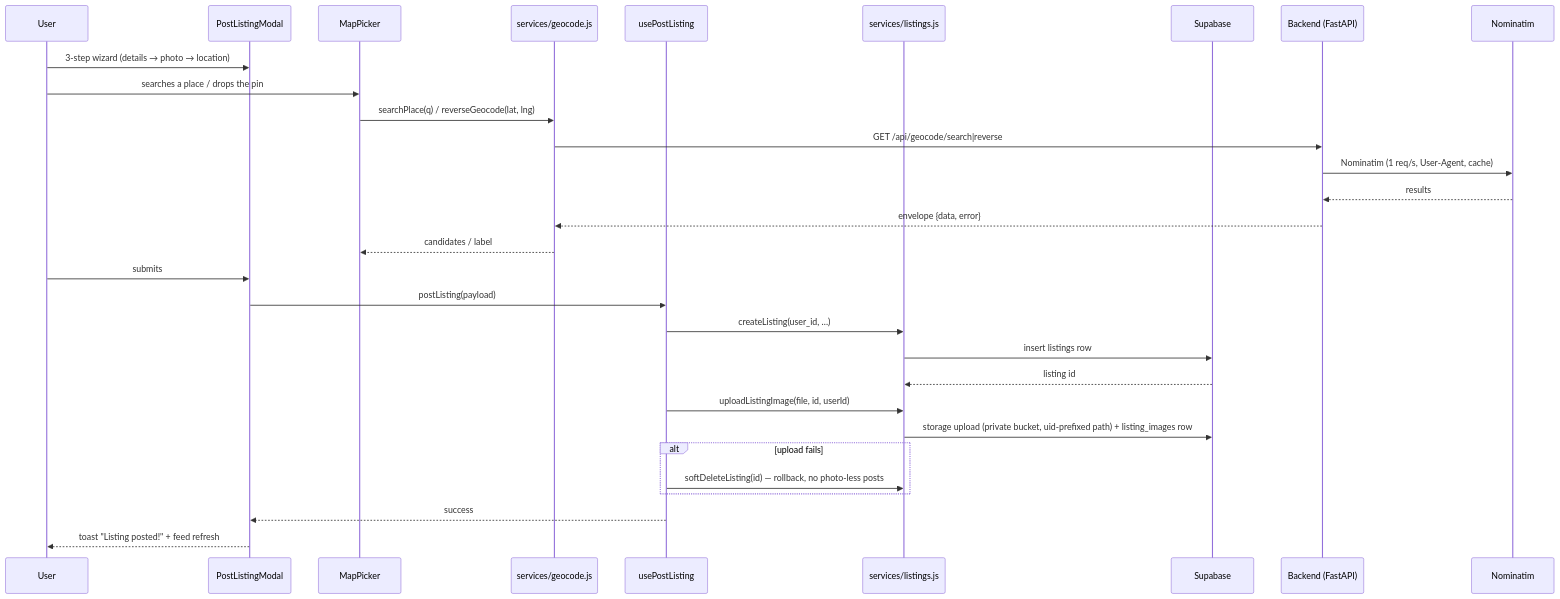
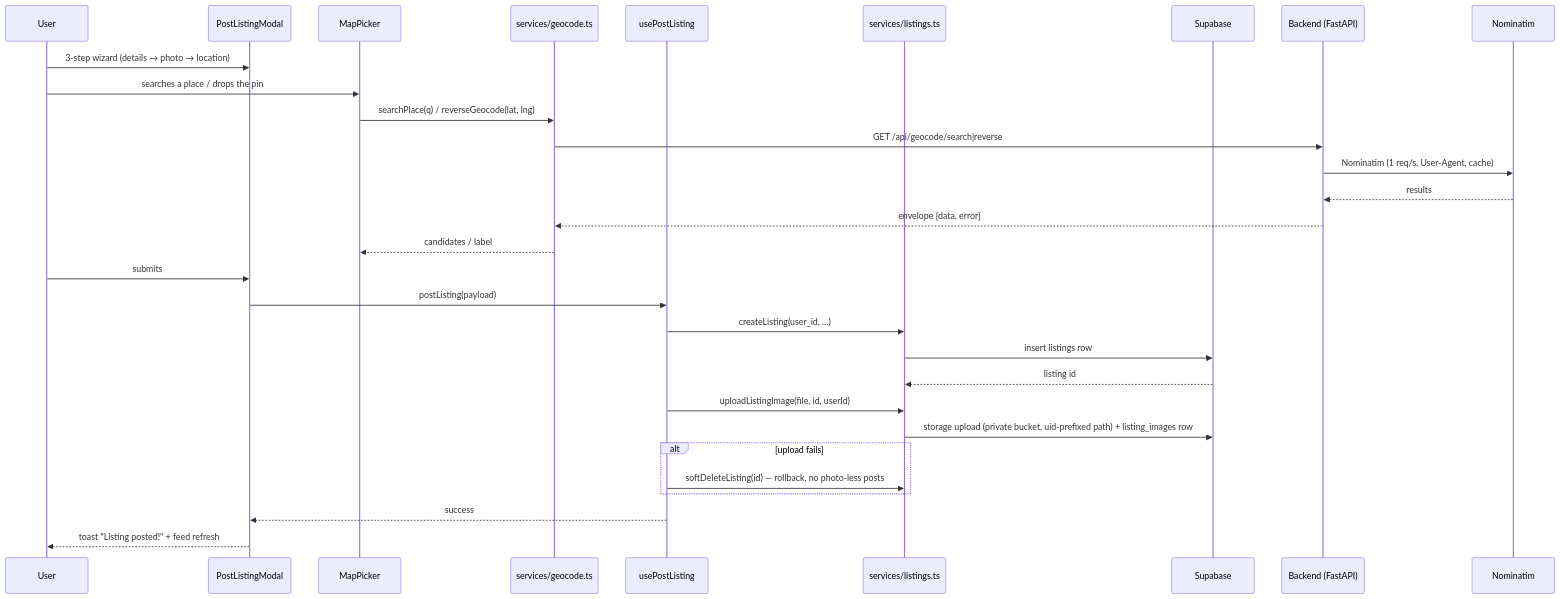
The fifth of 6 diagrams in documentation/architecture.md (MizuReal/PalaySigla), drawn with Mermaid before and after one commit. The commit also changed other lines of this file and 6 other files, not shown here.

````diff
--- a/documentation/architecture.md
+++ b/documentation/architecture.md
@@ -212,33 +212,33 @@
 ```mermaid
 sequenceDiagram
     participant U as User
     participant PM as PostListingModal
     participant MP as MapPicker
-    participant G as services/geocode.js
+    participant G as services/geocode.ts
     participant H as usePostListing
-    participant S as services/listings.js
+    participant S as services/listings.ts
     participant SB as Supabase
     participant B as Backend (FastAPI)
     participant N as Nominatim
 
     U->>PM: 3-step wizard (details → photo → location)
     U->>MP: searches a place / drops the pin
     MP->>G: searchPlace(q) / reverseGeocode(lat, lng)
     G->>B: GET /api/geocode/search|reverse
     B->>N: Nominatim (1 req/s, User-Agent, cache)
     N-->>B: results
     B-->>G: envelope {data, error}
     G-->>MP: candidates / label
     U->>PM: submits
     PM->>H: postListing(payload)
     H->>S: createListing(user_id, …)
     S->>SB: insert listings row
     SB-->>S: listing id
     H->>S: uploadListingImage(file, id, userId)
     S->>SB: storage upload (private bucket, uid-prefixed path) + listing_images row
     alt upload fails
         H->>S: softDeleteListing(id) — rollback, no photo-less posts
     end
     H-->>PM: success
     PM-->>U: toast "Listing posted!" + feed refresh
 ```
````
